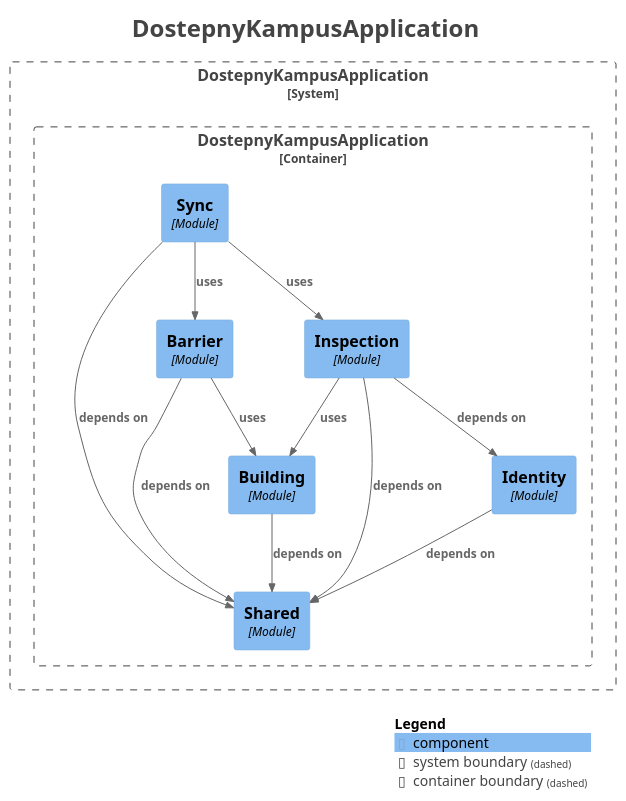
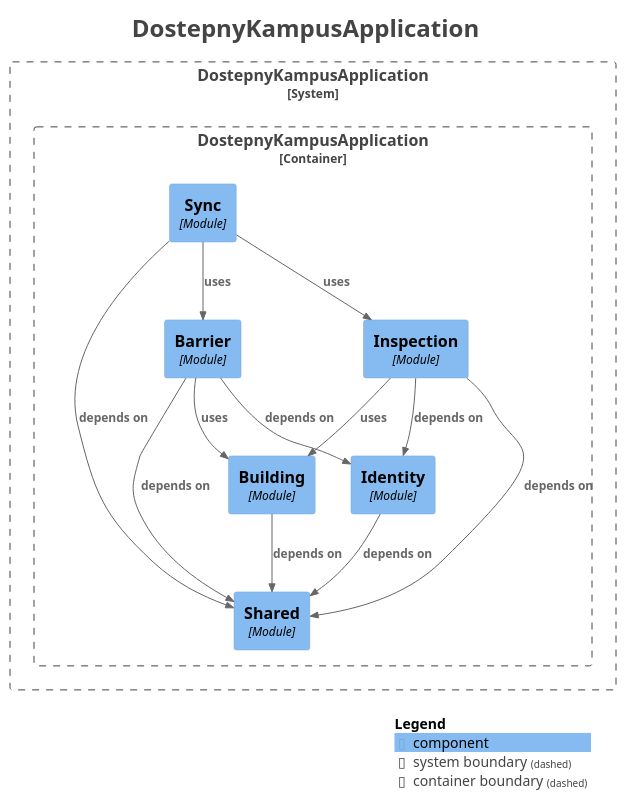
Before and after one commit to dostepny-kampus/dostepny-kampus: the diagram in docs/docs/architektura/moduly-serwera.iuml, drawn with PlantUML. The commit also changed 10 other files, not shown here.

```diff
--- a/docs/docs/architektura/moduly-serwera.iuml
+++ b/docs/docs/architektura/moduly-serwera.iuml
@@ -1,43 +1,44 @@
 @startuml
 title <size:24>DostepnyKampusApplication</size>
 
 set separator none
 top to bottom direction
 
 <style>
   root {
     BackgroundColor: #ffffff
     FontColor: #444444
   }
 </style>
 
 !include <C4/C4>
 !include <C4/C4_Context>
 !include <C4/C4_Component>
 
 System_Boundary("DostepnyKampusApplication_boundary", "DostepnyKampusApplication", $tags="") {
   Container_Boundary("DostepnyKampusApplication.DostepnyKampusApplication_boundary", "DostepnyKampusApplication", $tags="") {
     Component(DostepnyKampusApplication.DostepnyKampusApplication.Shared, "Shared", $techn="Module", $descr="", $tags="", $link="")
     Component(DostepnyKampusApplication.DostepnyKampusApplication.Building, "Building", $techn="Module", $descr="", $tags="", $link="")
     Component(DostepnyKampusApplication.DostepnyKampusApplication.Barrier, "Barrier", $techn="Module", $descr="", $tags="", $link="")
     Component(DostepnyKampusApplication.DostepnyKampusApplication.Identity, "Identity", $techn="Module", $descr="", $tags="", $link="")
     Component(DostepnyKampusApplication.DostepnyKampusApplication.Inspection, "Inspection", $techn="Module", $descr="", $tags="", $link="")
     Component(DostepnyKampusApplication.DostepnyKampusApplication.Sync, "Sync", $techn="Module", $descr="", $tags="", $link="")
   }
 
 }
 
 Rel(DostepnyKampusApplication.DostepnyKampusApplication.Building, DostepnyKampusApplication.DostepnyKampusApplication.Shared, "depends on", $techn="", $tags="", $link="")
 Rel(DostepnyKampusApplication.DostepnyKampusApplication.Barrier, DostepnyKampusApplication.DostepnyKampusApplication.Shared, "depends on", $techn="", $tags="", $link="")
 Rel(DostepnyKampusApplication.DostepnyKampusApplication.Barrier, DostepnyKampusApplication.DostepnyKampusApplication.Building, "uses", $techn="", $tags="", $link="")
+Rel(DostepnyKampusApplication.DostepnyKampusApplication.Barrier, DostepnyKampusApplication.DostepnyKampusApplication.Identity, "depends on", $techn="", $tags="", $link="")
 Rel(DostepnyKampusApplication.DostepnyKampusApplication.Identity, DostepnyKampusApplication.DostepnyKampusApplication.Shared, "depends on", $techn="", $tags="", $link="")
 Rel(DostepnyKampusApplication.DostepnyKampusApplication.Inspection, DostepnyKampusApplication.DostepnyKampusApplication.Shared, "depends on", $techn="", $tags="", $link="")
 Rel(DostepnyKampusApplication.DostepnyKampusApplication.Inspection, DostepnyKampusApplication.DostepnyKampusApplication.Building, "uses", $techn="", $tags="", $link="")
 Rel(DostepnyKampusApplication.DostepnyKampusApplication.Sync, DostepnyKampusApplication.DostepnyKampusApplication.Shared, "depends on", $techn="", $tags="", $link="")
 Rel(DostepnyKampusApplication.DostepnyKampusApplication.Sync, DostepnyKampusApplication.DostepnyKampusApplication.Barrier, "uses", $techn="", $tags="", $link="")
 Rel(DostepnyKampusApplication.DostepnyKampusApplication.Sync, DostepnyKampusApplication.DostepnyKampusApplication.Inspection, "uses", $techn="", $tags="", $link="")
 Rel(DostepnyKampusApplication.DostepnyKampusApplication.Inspection, DostepnyKampusApplication.DostepnyKampusApplication.Identity, "depends on", $techn="", $tags="", $link="")
 
 SHOW_LEGEND(true)
 hide stereotypes
 @enduml
```
